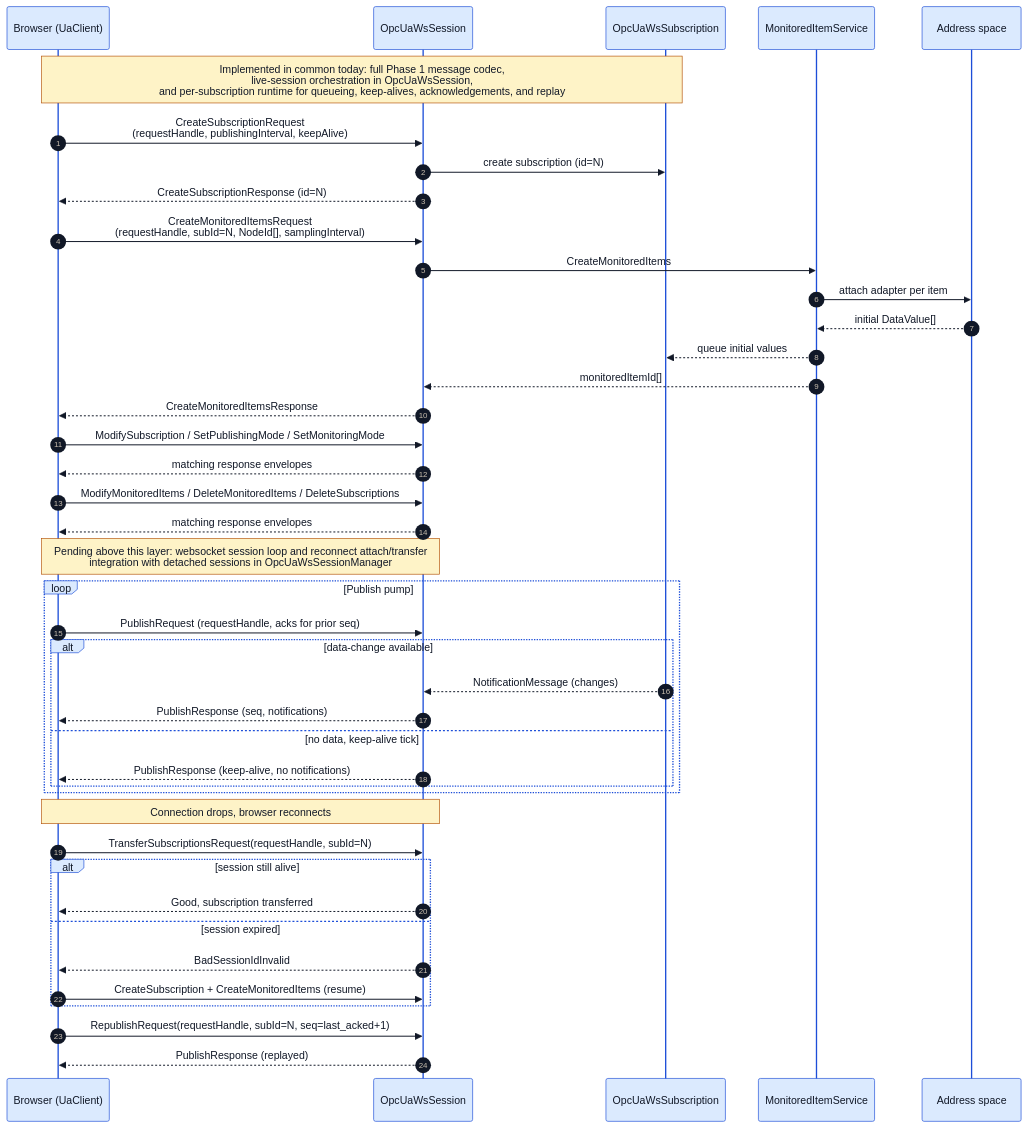
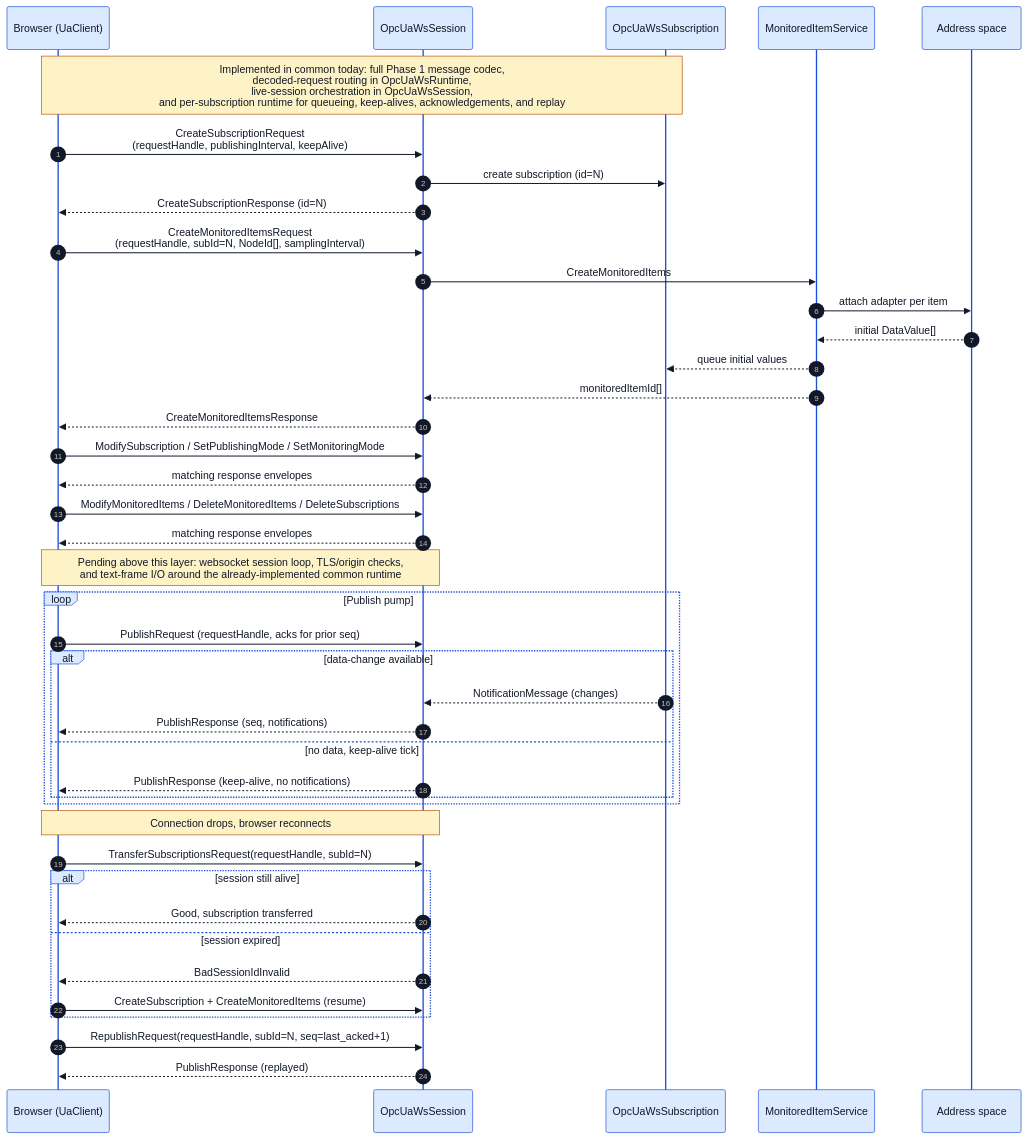
Before and after one commit to alexsmn/scada-common: the diagram in docs/opcua_ws_subscription_sequence.mmd, drawn with Mermaid. The commit also changed 11 other files, not shown here.

Commit message:
Add opcua_ws request runtime

```diff
--- a/docs/opcua_ws_subscription_sequence.mmd
+++ b/docs/opcua_ws_subscription_sequence.mmd
@@ -1,67 +1,67 @@
 %%{init: {
   'theme': 'base',
   'themeVariables': {
     'background': '#ffffff',
     'primaryColor': '#f3f4f6',
     'primaryBorderColor': '#374151',
     'primaryTextColor': '#111827',
     'lineColor': '#374151',
     'actorBkg': '#dbeafe',
     'actorBorder': '#1d4ed8',
     'actorTextColor': '#111827',
     'noteBkgColor': '#fef3c7',
     'noteBorderColor': '#b45309',
     'noteTextColor': '#111827'
   }
 }}%%
 sequenceDiagram
     autonumber
     participant B as Browser (UaClient)
     participant S as OpcUaWsSession
     participant SUB as OpcUaWsSubscription
     participant MI as MonitoredItemService
     participant AS as Address space
 
-    Note over B,SUB: Implemented in common today: full Phase 1 message codec,<br/>live-session orchestration in OpcUaWsSession,<br/>and per-subscription runtime for queueing, keep-alives, acknowledgements, and replay
+    Note over B,SUB: Implemented in common today: full Phase 1 message codec,<br/>decoded-request routing in OpcUaWsRuntime,<br/>live-session orchestration in OpcUaWsSession,<br/>and per-subscription runtime for queueing, keep-alives, acknowledgements, and replay
 
     B->>S: CreateSubscriptionRequest<br/>(requestHandle, publishingInterval, keepAlive)
     S->>SUB: create subscription (id=N)
     S-->>B: CreateSubscriptionResponse (id=N)
 
     B->>S: CreateMonitoredItemsRequest<br/>(requestHandle, subId=N, NodeId[], samplingInterval)
     S->>MI: CreateMonitoredItems
     MI->>AS: attach adapter per item
     AS-->>MI: initial DataValue[]
     MI-->>SUB: queue initial values
     MI-->>S: monitoredItemId[]
     S-->>B: CreateMonitoredItemsResponse
 
     B->>S: ModifySubscription / SetPublishingMode / SetMonitoringMode
     S-->>B: matching response envelopes
     B->>S: ModifyMonitoredItems / DeleteMonitoredItems / DeleteSubscriptions
     S-->>B: matching response envelopes
 
-    Note over B,S: Pending above this layer: websocket session loop and reconnect attach/transfer<br/>integration with detached sessions in OpcUaWsSessionManager
+    Note over B,S: Pending above this layer: websocket session loop, TLS/origin checks,<br/>and text-frame I/O around the already-implemented common runtime
 
     loop Publish pump
         B->>S: PublishRequest (requestHandle, acks for prior seq)
         alt data-change available
             SUB-->>S: NotificationMessage (changes)
             S-->>B: PublishResponse (seq, notifications)
         else no data, keep-alive tick
             S-->>B: PublishResponse (keep-alive, no notifications)
         end
     end
 
     Note over B,S: Connection drops, browser reconnects
 
     B->>S: TransferSubscriptionsRequest(requestHandle, subId=N)
     alt session still alive
         S-->>B: Good, subscription transferred
     else session expired
         S-->>B: BadSessionIdInvalid
         B->>S: CreateSubscription + CreateMonitoredItems (resume)
     end
 
     B->>S: RepublishRequest(requestHandle, subId=N, seq=last_acked+1)
     S-->>B: PublishResponse (replayed)
```
